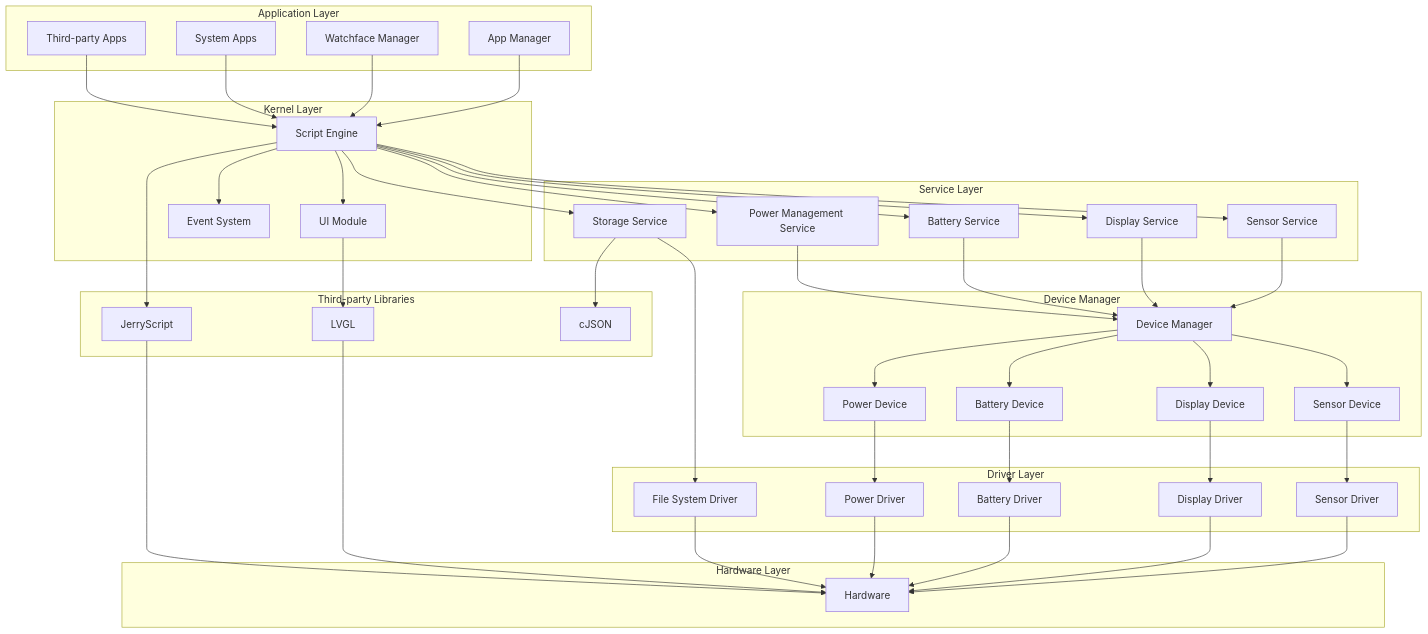
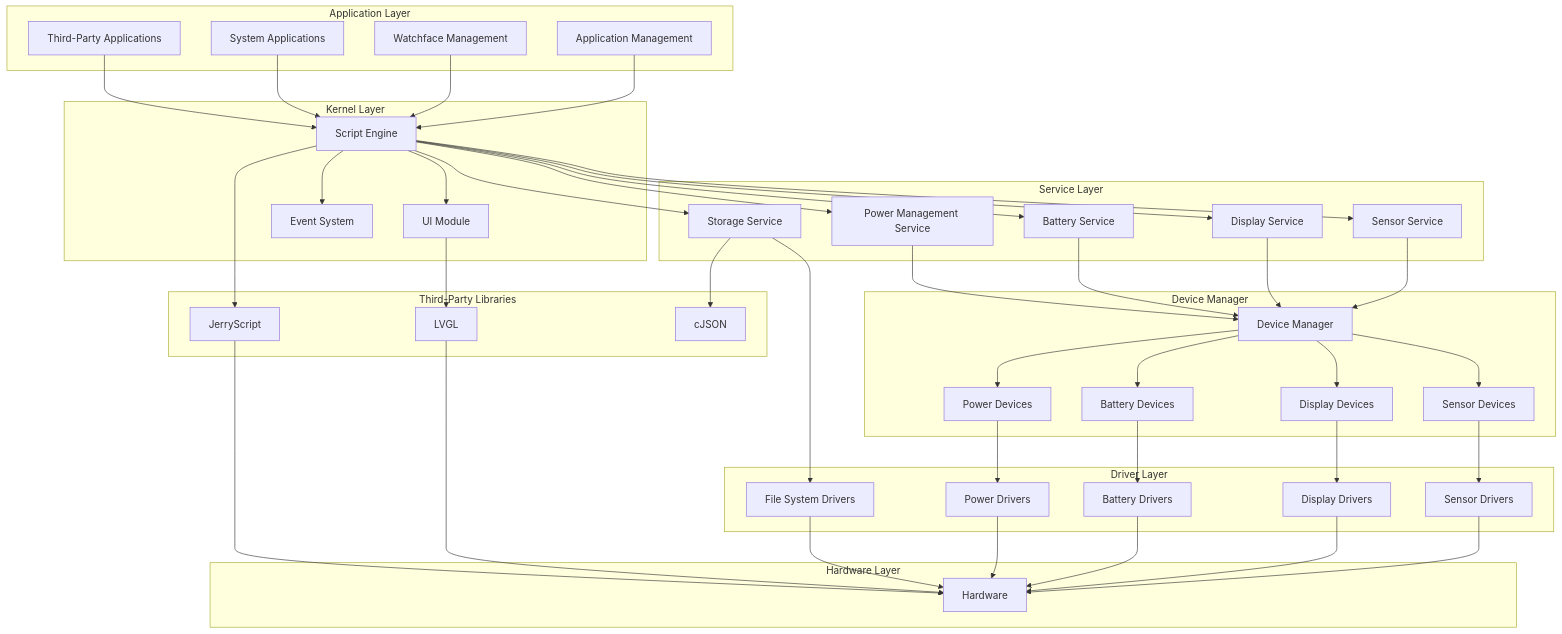
Before and after one commit to fossabot/ElenixOS-Docs: the second of 5 diagrams in i18n/en/docusaurus-plugin-content-docs/current/architecture/arch.mdx, drawn with Mermaid. The commit also changed other lines of this file and 47 other files, not shown here.

First line of the commit message:
docs: Update multiple documentation files and add architecture and component documentation

````diff
--- a/i18n/en/docusaurus-plugin-content-docs/current/architecture/arch.mdx
+++ b/i18n/en/docusaurus-plugin-content-docs/current/architecture/arch.mdx
@@ -114,10 +120,10 @@
 ```mermaid
 graph TD
     subgraph Application Layer
-        AppMgr["App Manager"]
-        WatchfaceMgr["Watchface Manager"]
-        SystemApp["System Apps"]
-        ThirdPartyApp["Third-party Apps"]
+        AppMgr["Application Management"]
+        WatchfaceMgr["Watchface Management"]
+        SystemApp["System Applications"]
+        ThirdPartyApp["Third-Party Applications"]
     end
 
     subgraph Kernel Layer
@@ -136,25 +142,25 @@
 
     subgraph Device Manager
         DeviceManager["Device Manager"]
-        SensorDevice["Sensor Device"]
-        DisplayDevice["Display Device"]
-        BatteryDevice["Battery Device"]
-        PowerDevice["Power Device"]
+        SensorDevice["Sensor Devices"]
+        DisplayDevice["Display Devices"]
+        BatteryDevice["Battery Devices"]
+        PowerDevice["Power Devices"]
     end
 
     subgraph Driver Layer
-        SensorDriver["Sensor Driver"]
-        DisplayDriver["Display Driver"]
-        BatteryDriver["Battery Driver"]
-        PowerDriver["Power Driver"]
-        FileSystemDriver["File System Driver"]
+        SensorDriver["Sensor Drivers"]
+        DisplayDriver["Display Drivers"]
+        BatteryDriver["Battery Drivers"]
+        PowerDriver["Power Drivers"]
+        FileSystemDriver["File System Drivers"]
     end
 
     subgraph Hardware Layer
         Hardware["Hardware"]
     end
 
-    subgraph Third-party Libraries
+    subgraph Third-Party Libraries
         LVGL["LVGL"]
         JerryScript["JerryScript"]
         CJSON["cJSON"]
````
